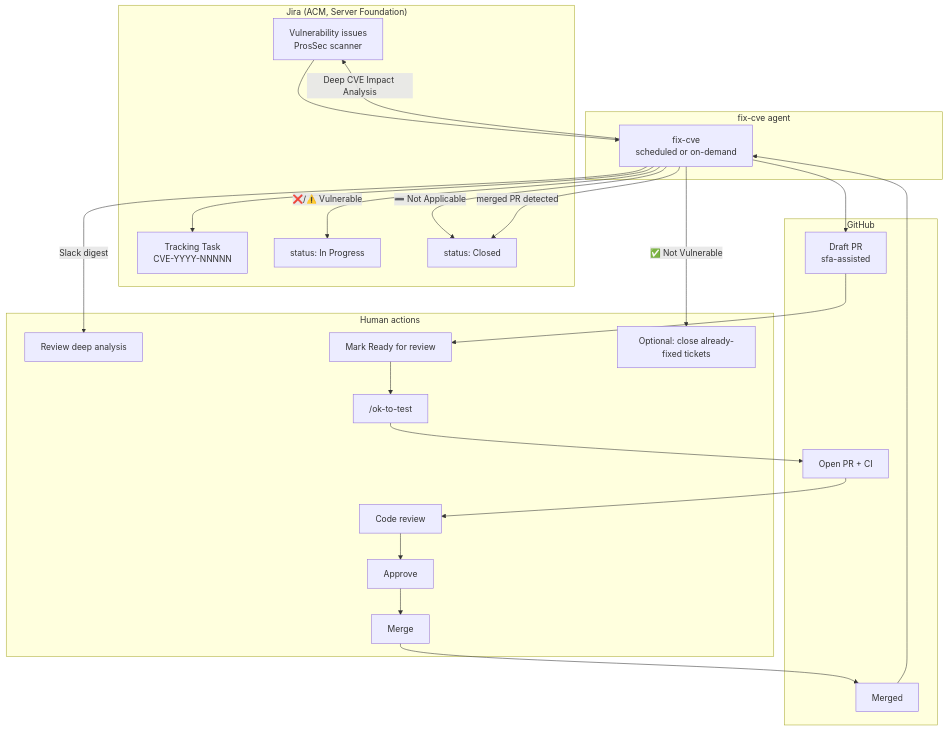
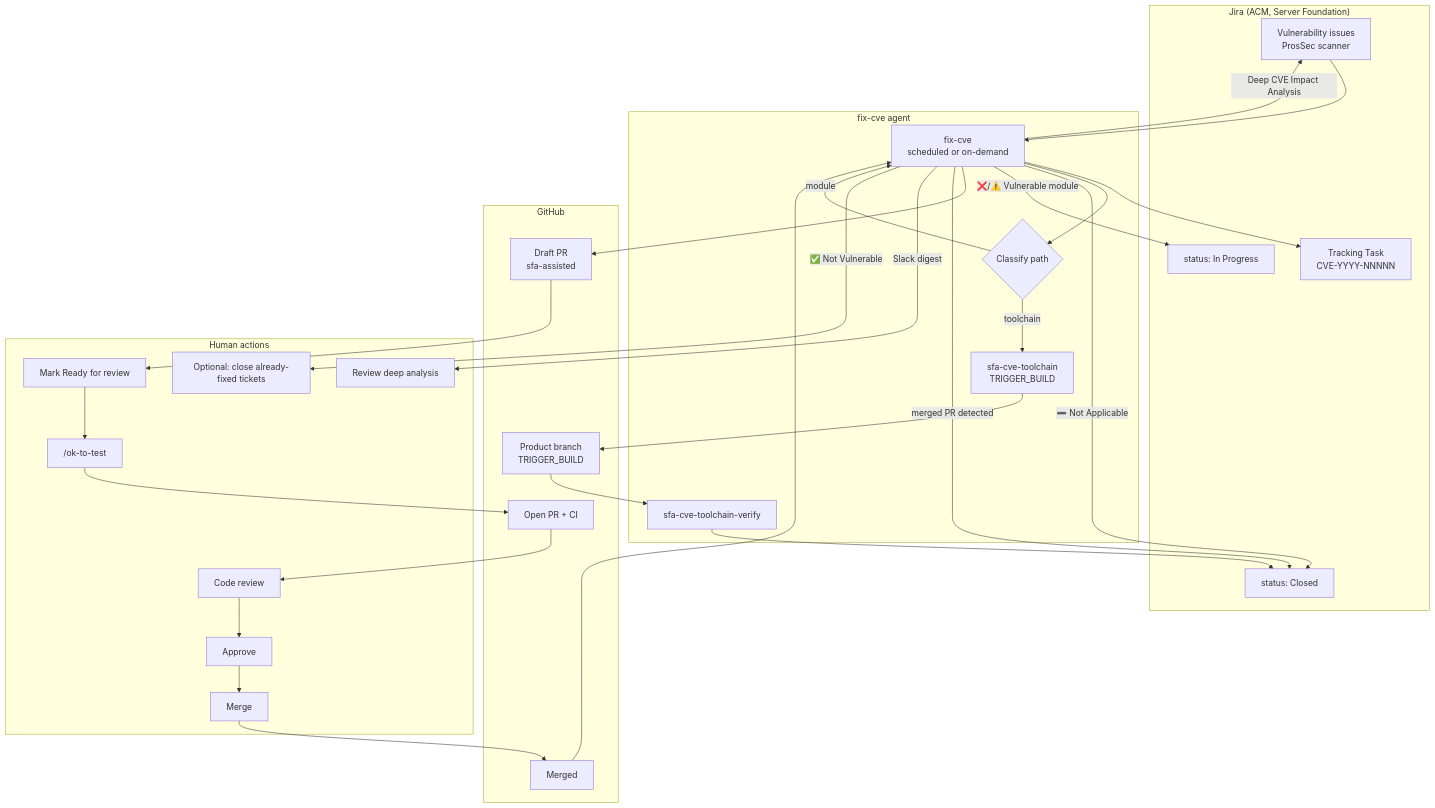
One commit to stolostron/server-foundation-agent changed the first of 2 diagrams in docs/automated-cve-fix-developer-guide.md. Above: the diagram before and after it, drawn with Mermaid. The commit also changed other lines of this file and 22 other files, not shown here.

First line of the commit message:
Add Go toolchain CVE skills and classify-first routing

````diff
--- a/docs/automated-cve-fix-developer-guide.md
+++ b/docs/automated-cve-fix-developer-guide.md
@@ -65,42 +68,49 @@
 ```mermaid
 flowchart TB
   subgraph jira["Jira (ACM, Server Foundation)"]
     VULN[Vulnerability issues<br/>ProsSec scanner]
     TRACK[Tracking Task<br/>CVE-YYYY-NNNNN]
     INPROG[status: In Progress]
     CLOSED[status: Closed]
   end
 
   subgraph agents["fix-cve agent"]
     F[fix-cve<br/>scheduled or on-demand]
+    CLS{Classify path}
+    TC[sfa-cve-toolchain<br/>TRIGGER_BUILD]
+    TV[sfa-cve-toolchain-verify]
   end
 
   subgraph github["GitHub"]
     DRAFT[Draft PR<br/>sfa-assisted]
     OPEN[Open PR + CI]
     MERGED[Merged]
+    REBUILD[Product branch<br/>TRIGGER_BUILD]
   end
 
   subgraph human["Human actions"]
     H1[Review deep analysis]
     H2[Mark Ready for review]
     H3["/ok-to-test"]
     H4[Code review]
     H5[Approve]
     H6[Merge]
     H7[Optional: close already-fixed tickets]
   end
 
   VULN --> F
   F --> TRACK
+  F --> CLS
+  CLS -->|toolchain| TC --> REBUILD --> TV --> CLOSED
+  CLS -->|module| F
   F -->|Deep CVE Impact Analysis| VULN
   F -->|➖ Not Applicable| CLOSED
-  F -->|❌/⚠️ Vulnerable| INPROG
+  F -->|❌/⚠️ Vulnerable module| INPROG
   F --> DRAFT
   DRAFT --> H2 --> H3 --> OPEN
   OPEN --> H4 --> H5 --> H6 --> MERGED
   MERGED --> F
   F -->|merged PR detected| CLOSED
   F -->|Slack digest| H1
   F -->|✅ Not Vulnerable| H7
 ```
````
